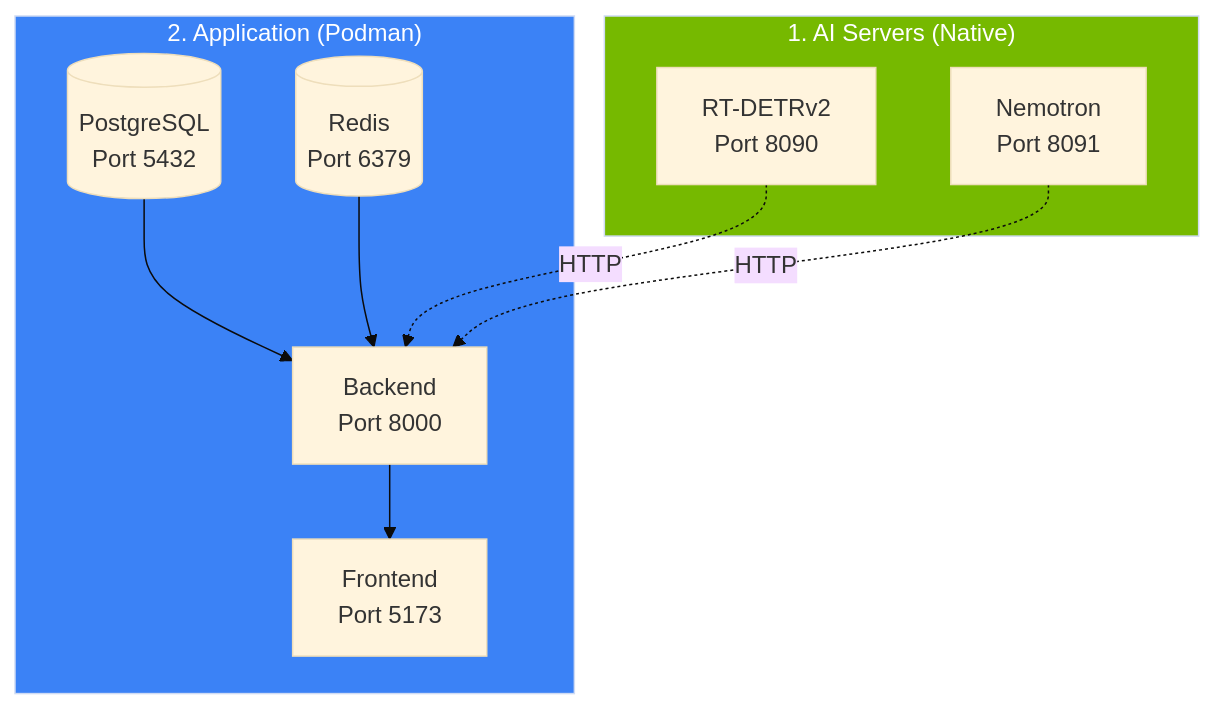
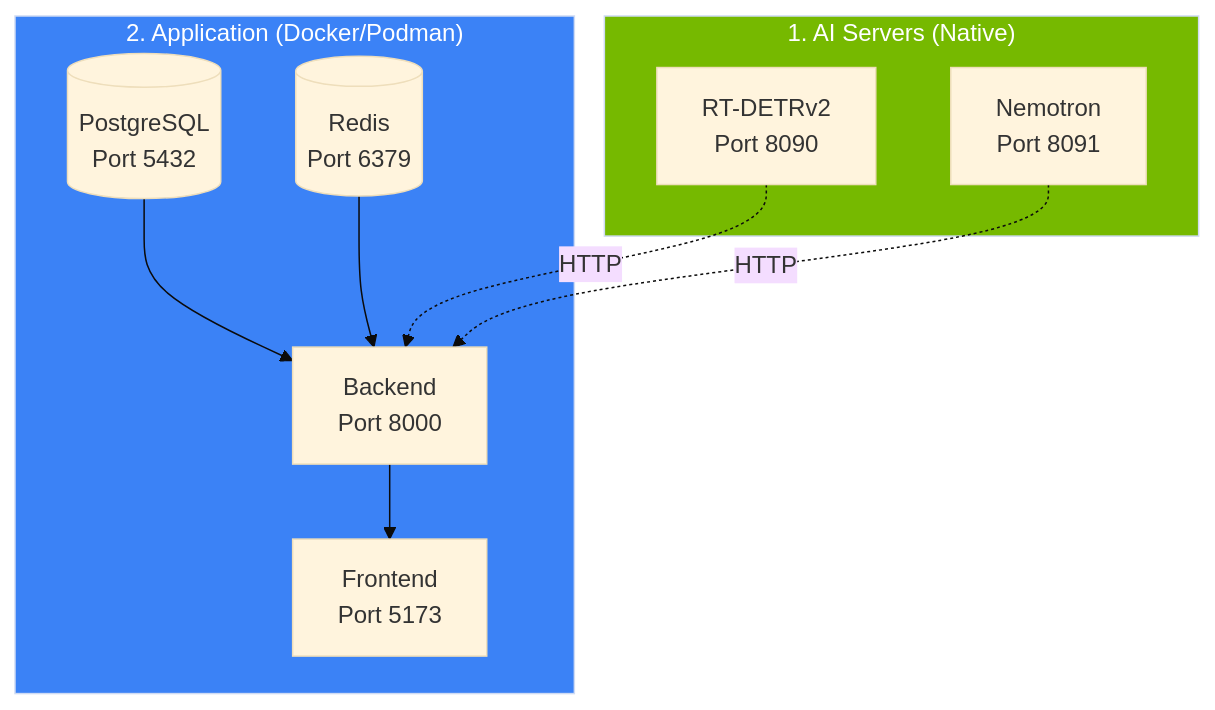
Before and after one commit to mikesvoboda/nemotron-v3-home-security-intelligence: the diagram in docs/getting-started/first-run.md, drawn with Mermaid (base theme). The commit also changed other lines of this file and 79 other files, not shown here.

````diff
--- a/docs/getting-started/first-run.md
+++ b/docs/getting-started/first-run.md
@@ -97,24 +103,24 @@
 ```mermaid
 flowchart TB
     subgraph AIServers["1. AI Servers (Native)"]
         DET[RT-DETRv2<br/>Port 8090]
         LLM[Nemotron<br/>Port 8091]
     end
 
-    subgraph Containers["2. Application (Podman)"]
+    subgraph Containers["2. Application (Docker/Podman)"]
         PG[(PostgreSQL<br/>Port 5432)]
         REDIS[(Redis<br/>Port 6379)]
         BACK[Backend<br/>Port 8000]
         FRONT[Frontend<br/>Port 5173]
 
         PG --> BACK
         REDIS --> BACK
         BACK --> FRONT
     end
 
     DET -.->|HTTP| BACK
     LLM -.->|HTTP| BACK
 
     style AIServers fill:#76B900,color:#fff
     style Containers fill:#3B82F6,color:#fff
 ```
````
